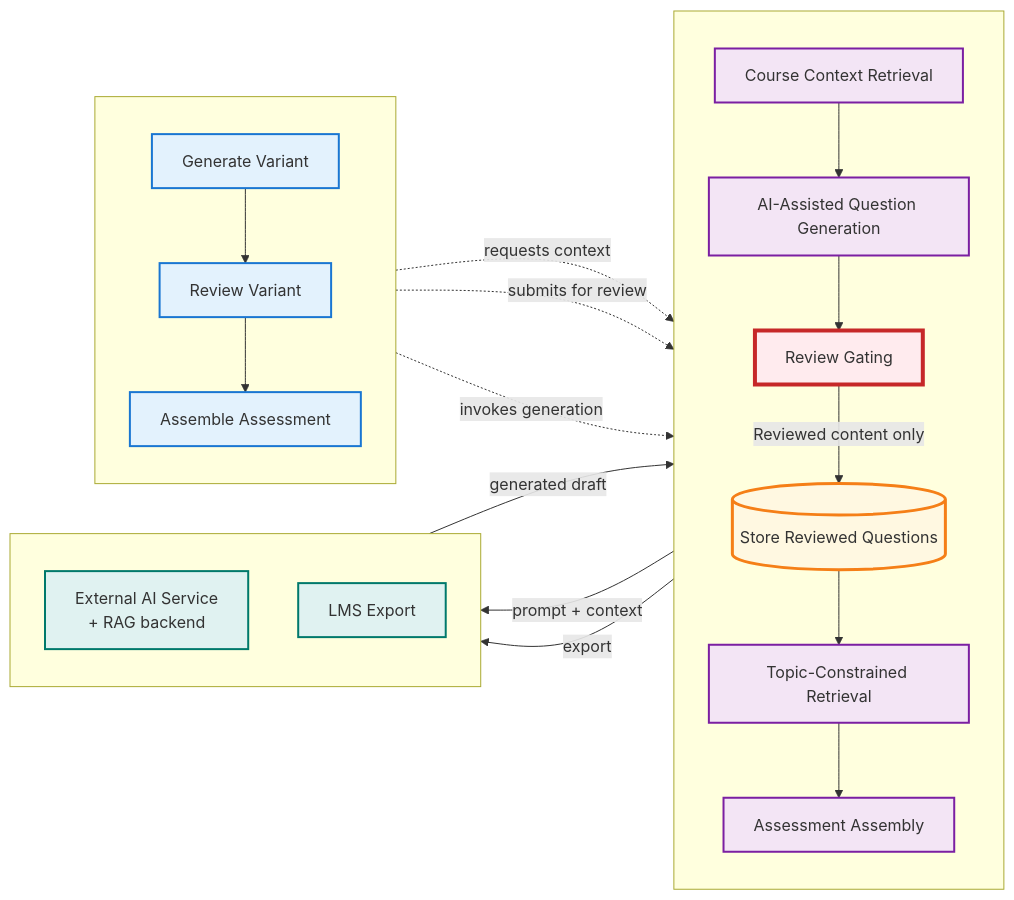
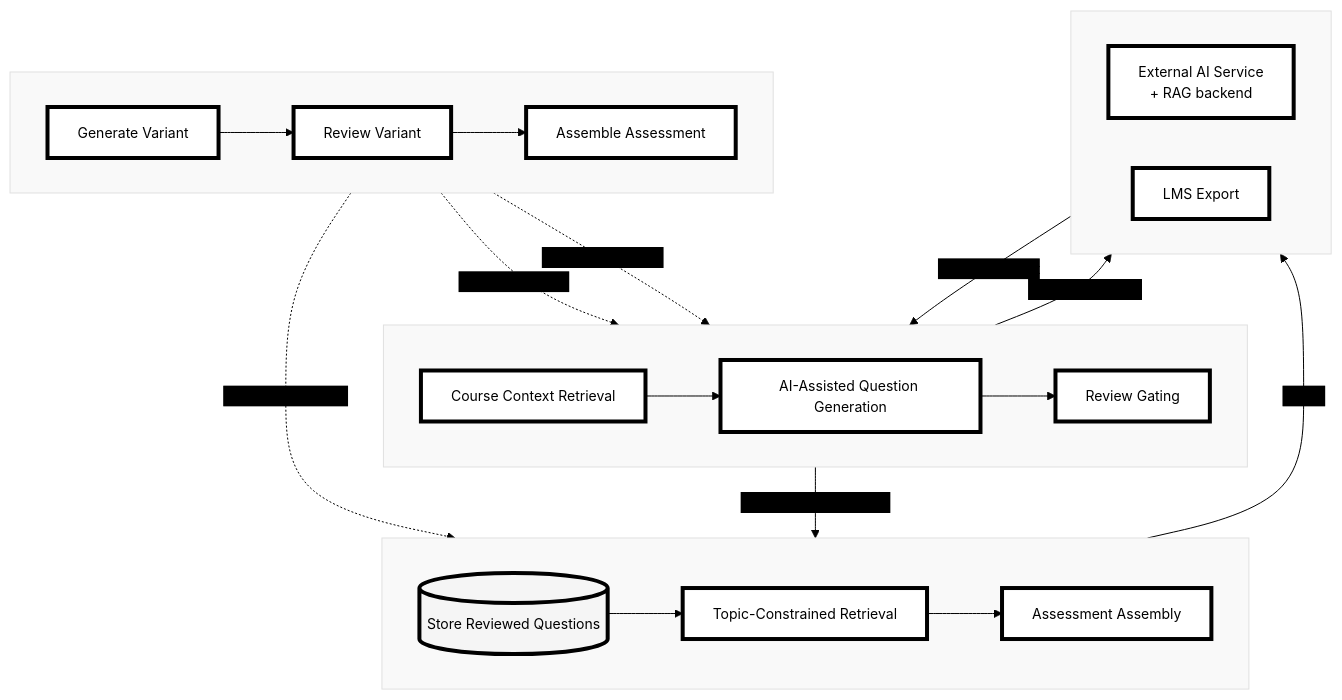
One commit to EduAI-Lab/Question-Maker changed the diagram in docs/diagrams/paper architecture/system-overview.md. Above: the diagram before and after it, drawn with Mermaid. The commit also changed other lines of this file and 1 other file, not shown here.

````diff
--- a/docs/diagrams/paper architecture/system-overview.md
+++ b/docs/diagrams/paper architecture/system-overview.md
@@ -1,60 +1,60 @@
 ```mermaid
-graph LR
-    %% Column 1: Instructor Actions (Left, Thin)
-    subgraph Col1[" "]
-        direction TB
+%%{init: {'theme':'base', 'flowchart': {'useMaxWidth': false}, 'themeVariables': {'fontSize':'14px', 'primaryColor':'#000000', 'primaryTextColor':'#000000', 'primaryBorderColor':'#000000', 'lineColor':'#000000', 'secondaryColor':'#000000', 'tertiaryColor':'#f9f9f9', 'textColor':'#000000'}}}%%
+graph TB
+    %% Row 1: Instructor Actions
+    subgraph Row1[" "]
+        direction LR
         Request[Generate Variant]
         ReviewAction[Review Variant]
         Assemble[Assemble Assessment]
-        
         Request --> ReviewAction
         ReviewAction --> Assemble
     end
-    
-    %% Column 2: Core Question Maker Workflow (Center, Main - 60-70%)
-    subgraph Col2[" "]
-        direction TB
+
+    %% Row 2: Core workflow (first half)
+    subgraph Row2[" "]
+        direction LR
         RAG[Course Context Retrieval]
         Generation[AI-Assisted Question Generation]
         ReviewGate[Review Gating]
+        RAG --> Generation
+        Generation --> ReviewGate
+    end
+
+    %% Row 3: Core workflow (second half) + store
+    subgraph Row3[" "]
+        direction LR
         QuestionStore[( Store Reviewed Questions)]
         TopicRetrieval[Topic-Constrained Retrieval]
         AssessmentAssembly[Assessment Assembly]
-        
-        RAG --> Generation
-        Generation --> ReviewGate
-        ReviewGate -->|Reviewed content only| QuestionStore
         QuestionStore --> TopicRetrieval
         TopicRetrieval --> AssessmentAssembly
     end
-    
-    %% Column 3: External Interfaces (Right, Thin)
-    subgraph Col3[" "]
-        direction TB
+
+    %% Row 4: External
+    subgraph Row4[" "]
+        direction LR
         AIService[External AI Service <br/> + RAG backend]
         LMSExport[LMS Export]
     end
-    
-    %% Connections from Column 1 to Column 2
+
+    %% Vertical flow within core
+    ReviewGate -->|Reviewed content only| QuestionStore
+
+    %% Instructor → Core (directional triggers)
     Request -.->|requests context| RAG
     ReviewAction -.->|submits for review| ReviewGate
     Assemble -.->|invokes generation| TopicRetrieval
-    
-    %% Connections from Column 2 to Column 3 (our system drives external services)
+
+    %% Core ↔ External
     Generation -->|prompt + context| AIService
     AIService -->|generated draft| Generation
     AssessmentAssembly -->|export| LMSExport
-    
-    %% Styling
-    classDef instructor fill:#e3f2fd,stroke:#1976d2,stroke-width:2px
-    classDef core fill:#f3e5f5,stroke:#7b1fa2,stroke-width:2px
-    classDef reviewGate fill:#ffebee,stroke:#c62828,stroke-width:4px
-    classDef database fill:#fff8e1,stroke:#f57f17,stroke-width:3px
-    classDef external fill:#e0f2f1,stroke:#00796b,stroke-width:2px
-    
-    class Request,ReviewAction,Assemble instructor
-    class RAG,Generation,TopicRetrieval,AssessmentAssembly core
-    class ReviewGate reviewGate
+
+    %% Styling - greyscale, large text (match architecture.md)
+    classDef default fill:#ffffff,stroke:#000000,stroke-width:4px,color:#000000
+    classDef database fill:#f5f5f5,stroke:#000000,stroke-width:4px,color:#000000
+
+    class Request,ReviewAction,Assemble,RAG,Generation,ReviewGate,TopicRetrieval,AssessmentAssembly,AIService,LMSExport default
     class QuestionStore database
-    class AIService,LMSExport external
 ```
````
